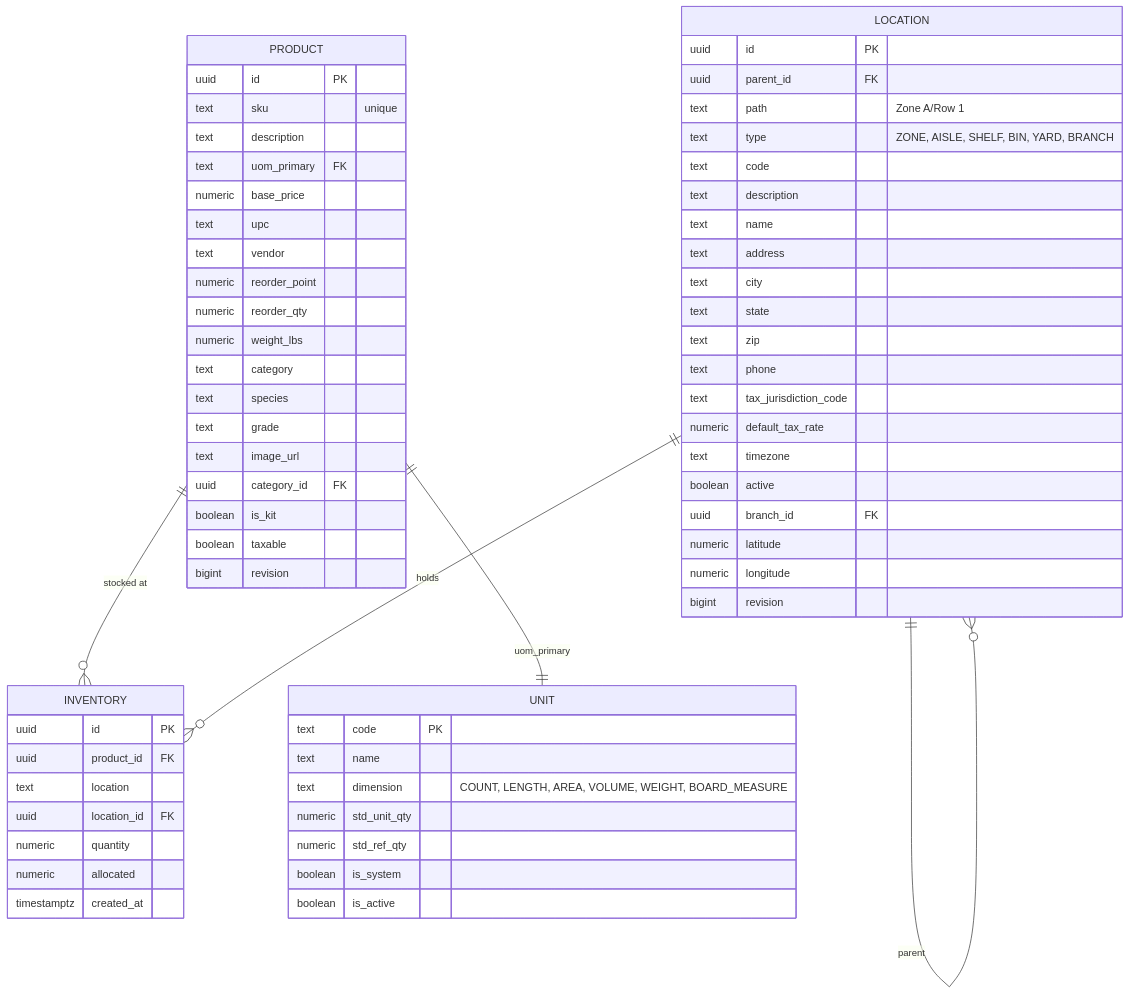
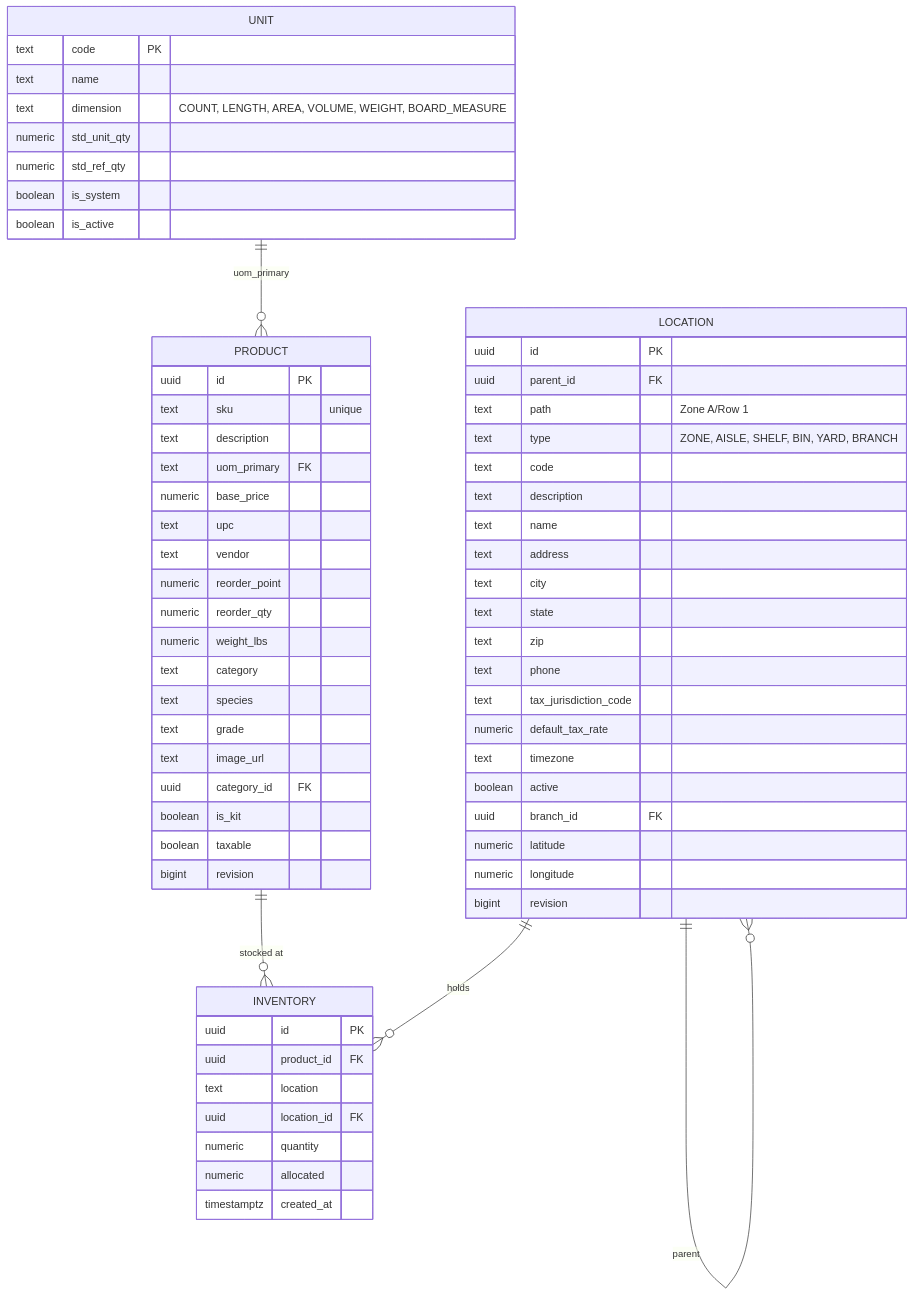
The first of 3 diagrams in docs/database-erd.md (FutureBuildAIinc/gable), drawn with Mermaid before and after one commit. The commit also changed other lines of this file, not shown here.

Commit message:
docs: database-erd.md round 1 fixes (money precision, checks, columns)

````diff
--- a/docs/database-erd.md
+++ b/docs/database-erd.md
@@ -18,71 +20,71 @@
 ```mermaid
 erDiagram
     PRODUCT ||--o{ INVENTORY : "stocked at"
     LOCATION ||--o{ INVENTORY : "holds"
-    PRODUCT ||--|| UNIT : "uom_primary"
+    UNIT ||--o{ PRODUCT : "uom_primary"
     LOCATION ||--o{ LOCATION : "parent"
 
     PRODUCT {
         uuid id PK
         text sku "unique"
         text description
         text uom_primary FK
         numeric base_price
         text upc
         text vendor
         numeric reorder_point
         numeric reorder_qty
         numeric weight_lbs
         text category
         text species
         text grade
         text image_url
         uuid category_id FK
         boolean is_kit
         boolean taxable
         bigint revision
     }
 
     UNIT {
         text code PK
         text name
         text dimension "COUNT, LENGTH, AREA, VOLUME, WEIGHT, BOARD_MEASURE"
         numeric std_unit_qty
         numeric std_ref_qty
         boolean is_system
         boolean is_active
     }
 
     LOCATION {
         uuid id PK
         uuid parent_id FK
         text path "Zone A/Row 1"
         text type "ZONE, AISLE, SHELF, BIN, YARD, BRANCH"
         text code
         text description
         text name
         text address
         text city
         text state
         text zip
         text phone
         text tax_jurisdiction_code
         numeric default_tax_rate
         text timezone
         boolean active
         uuid branch_id FK
         numeric latitude
         numeric longitude
         bigint revision
     }
 
     INVENTORY {
         uuid id PK
         uuid product_id FK
         text location
         uuid location_id FK
         numeric quantity
         numeric allocated
         timestamptz created_at
     }
 ```
````
